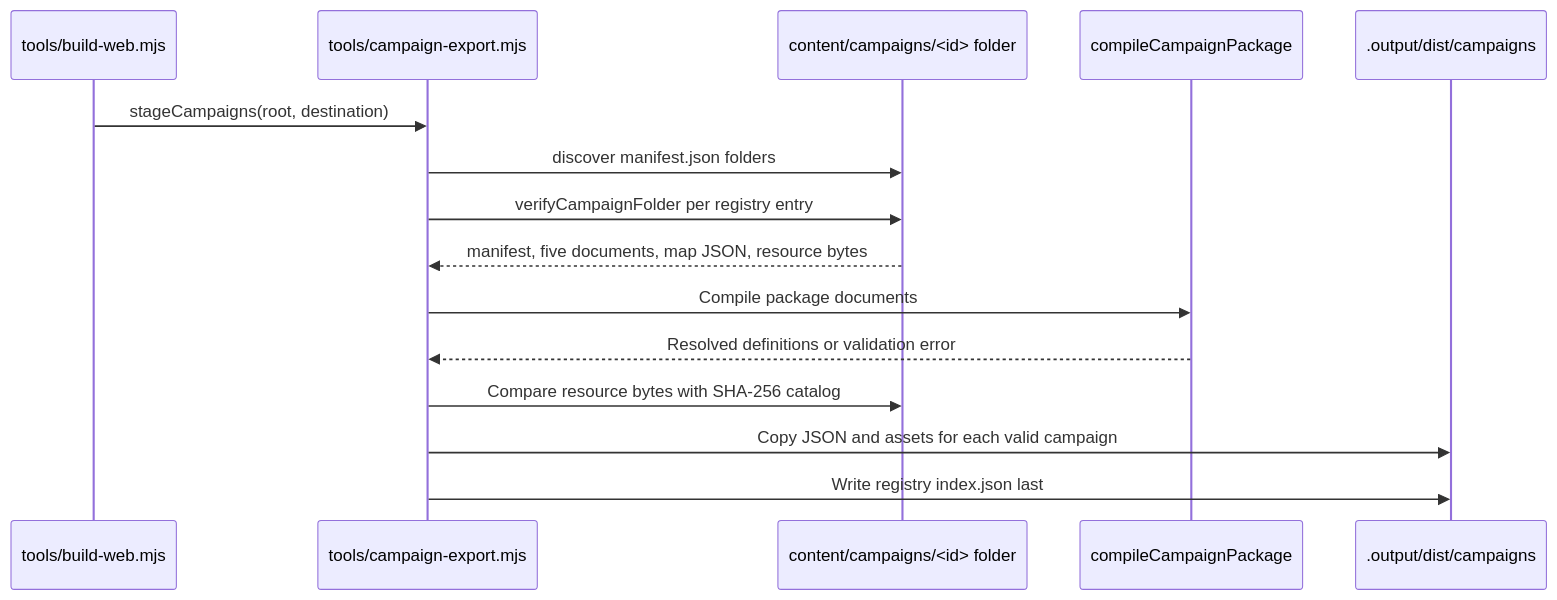
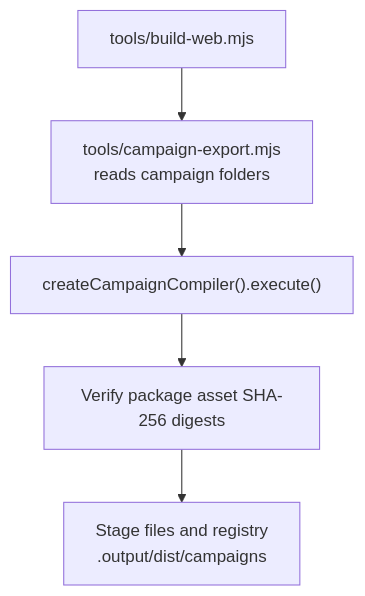
Before and after one commit to fsodano/granaderos: the fourth of 4 diagrams in docs/architecture/content-and-campaigns.md, drawn with Mermaid. The commit also changed other lines of this file and 22 other files, not shown here.

First line of the commit message:
docs: bring the architecture guide and the migration record current

````diff
--- a/docs/architecture/content-and-campaigns.md
+++ b/docs/architecture/content-and-campaigns.md
@@ -130,17 +99,7 @@
 ```mermaid
-sequenceDiagram
-  participant Build as tools/build-web.mjs
-  participant Export as tools/campaign-export.mjs
-  participant Source as content/campaigns/<id> folder
-  participant Compiler as compileCampaignPackage
-  participant Dist as .output/dist/campaigns
-  Build->>Export: stageCampaigns(root, destination)
-  Export->>Source: discover manifest.json folders
-  Export->>Source: verifyCampaignFolder per registry entry
-  Source-->>Export: manifest, five documents, map JSON, resource bytes
-  Export->>Compiler: Compile package documents
-  Compiler-->>Export: Resolved definitions or validation error
-  Export->>Source: Compare resource bytes with SHA-256 catalog
-  Export->>Dist: Copy JSON and assets for each valid campaign
-  Export->>Dist: Write registry index.json last
+flowchart TB
+  Build["tools/build-web.mjs"] --> Export["tools/campaign-export.mjs<br/>reads campaign folders"]
+  Export --> Compiler["createCampaignCompiler().execute()"]
+  Compiler --> Verify["Verify package asset SHA-256 digests"]
+  Verify --> Stage["Stage files and registry<br/>.output/dist/campaigns"]
 ```
````
